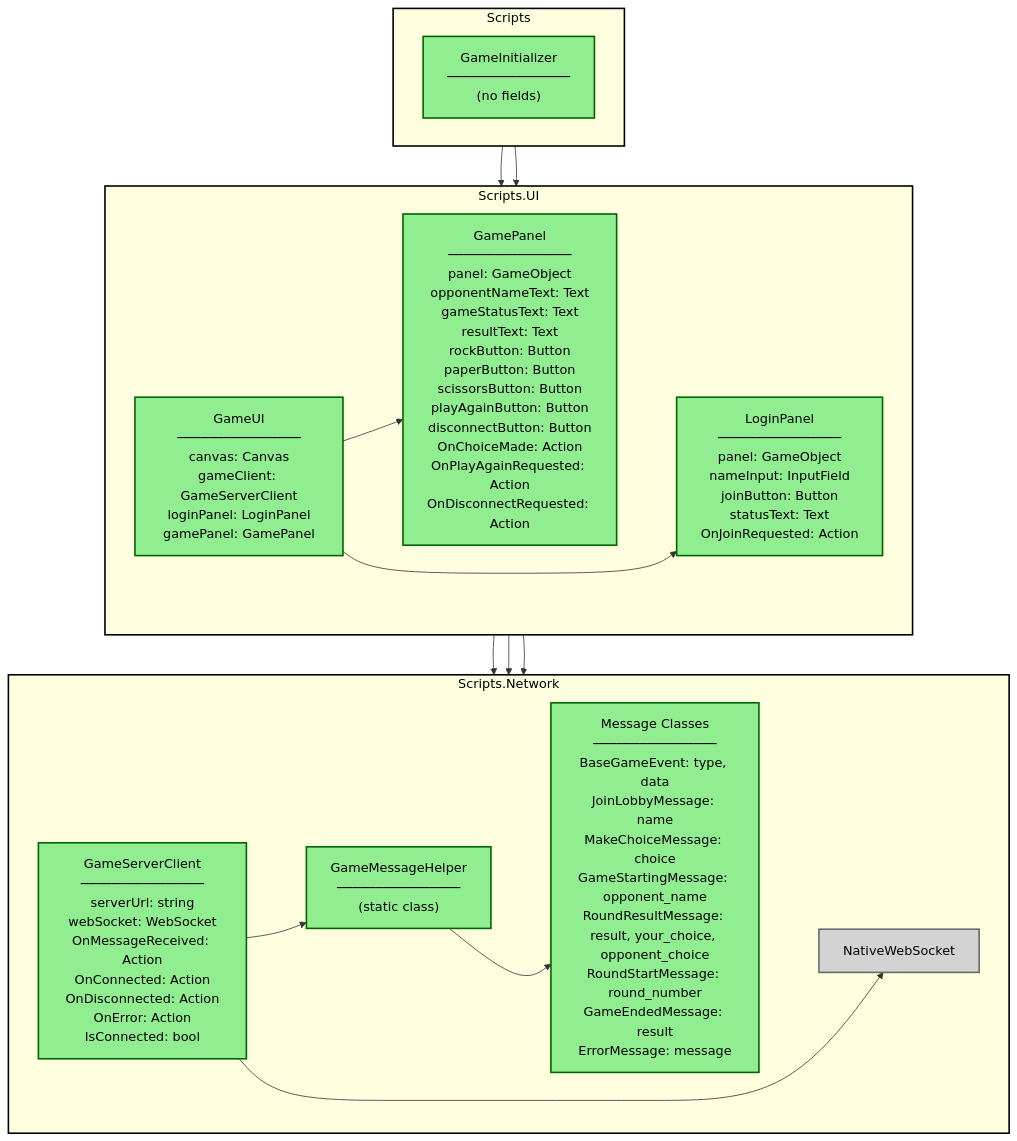
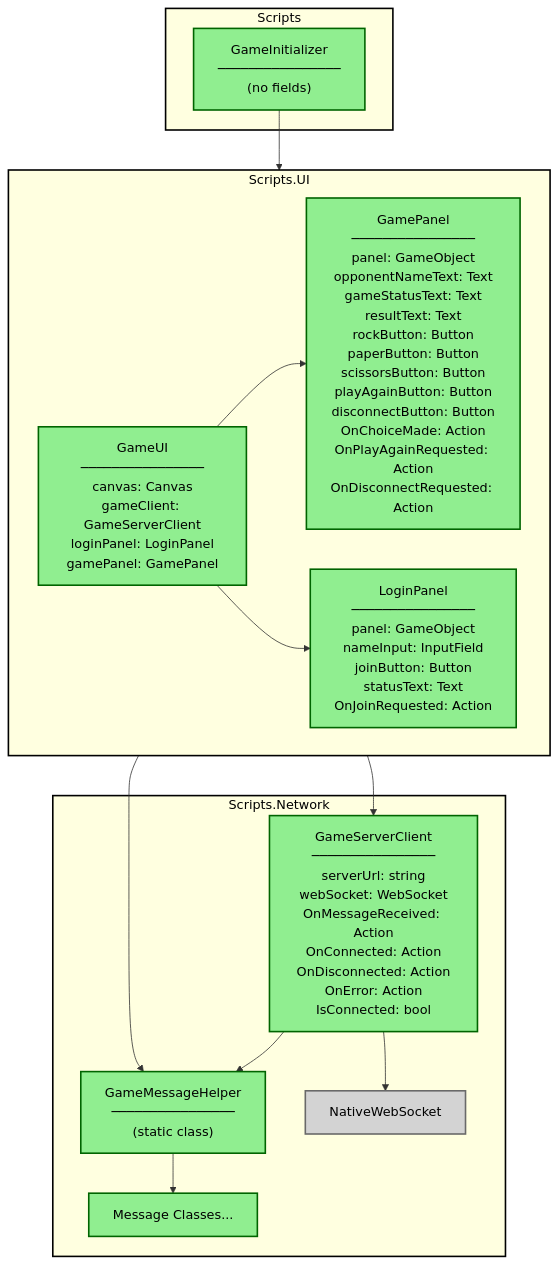
One commit to 4hel/paper changed the first of 5 diagrams in README.md. Above: the diagram before and after it, drawn with Mermaid. The commit also changed other lines of this file, not shown here.

Commit message:
good client diagram

````diff
--- a/README.md
+++ b/README.md
@@ -59,57 +27,51 @@
 ```mermaid
 graph TB
     subgraph scripts_pkg ["Scripts"]
-        direction LR
+
         GameInitializer["GameInitializer<br/>────────────────<br/>(no fields)"]
         
         class GameInitializer green
     end
 
     subgraph scripts_network_pkg ["Scripts.Network"]
-        direction LR
+
         GameServerClient["GameServerClient<br/>────────────────<br/>serverUrl: string<br/>webSocket: WebSocket<br/>OnMessageReceived: Action<br/>OnConnected: Action<br/>OnDisconnected: Action<br/>OnError: Action<br/>IsConnected: bool"]
         GameMessageHelper["GameMessageHelper<br/>────────────────<br/>(static class)"]
-        MessageClasses["Message Classes<br/>────────────────<br/>BaseGameEvent: type, data<br/>JoinLobbyMessage: name<br/>MakeChoiceMessage: choice<br/>GameStartingMessage: opponent_name<br/>RoundResultMessage: result, your_choice, opponent_choice<br/>RoundStartMessage: round_number<br/>GameEndedMessage: result<br/>ErrorMessage: message"]
+        MessageClasses["Message Classes..."]
         NativeWebSocket1["NativeWebSocket"]
         
-        GameServerClient ~~~ GameMessageHelper ~~~ MessageClasses ~~~ NativeWebSocket1
         
         class GameServerClient,GameMessageHelper,MessageClasses green
         class NativeWebSocket1 grey
     end
 
     subgraph scripts_ui_pkg ["Scripts.UI"]
         direction LR
         GameUI["GameUI<br/>────────────────<br/>canvas: Canvas<br/>gameClient: GameServerClient<br/>loginPanel: LoginPanel<br/>gamePanel: GamePanel"]
         GamePanel["GamePanel<br/>────────────────<br/>panel: GameObject<br/>opponentNameText: Text<br/>gameStatusText: Text<br/>resultText: Text<br/>rockButton: Button<br/>paperButton: Button<br/>scissorsButton: Button<br/>playAgainButton: Button<br/>disconnectButton: Button<br/>OnChoiceMade: Action<br/>OnPlayAgainRequested: Action<br/>OnDisconnectRequested: Action"]
         LoginPanel["LoginPanel<br/>────────────────<br/>panel: GameObject<br/>nameInput: InputField<br/>joinButton: Button<br/>statusText: Text<br/>OnJoinRequested: Action"]
         
-        GameUI ~~~ GamePanel ~~~ LoginPanel
         
         class GameUI,GamePanel,LoginPanel green
     end
-    
-    %% Package imports as directed edges
-    scripts_pkg --> scripts_ui_pkg
-    scripts_ui_pkg --> scripts_network_pkg
     
     %% Class dependencies as directed edges
     GameInitializer --> GameUI
     GameServerClient --> GameMessageHelper
     GameServerClient --> NativeWebSocket1
     GameMessageHelper --> MessageClasses
     GameUI --> GameServerClient
     GameUI --> GamePanel
     GameUI --> LoginPanel
     GameUI --> GameMessageHelper
     
     %% Style definitions
     classDef green fill:#90EE90,stroke:#006400,stroke-width:2px,color:#000000
     classDef blue fill:#ADD8E6,stroke:#000080,stroke-width:2px,color:#000000
     classDef grey fill:#D3D3D3,stroke:#696969,stroke-width:2px,color:#000000
     
     %% Subgraph styles
     style scripts_pkg fill:#FFFFE0,stroke:#000000,stroke-width:2px,color:#000000
     style scripts_network_pkg fill:#FFFFE0,stroke:#000000,stroke-width:2px,color:#000000
     style scripts_ui_pkg fill:#FFFFE0,stroke:#000000,stroke-width:2px,color:#000000
 ```
````
